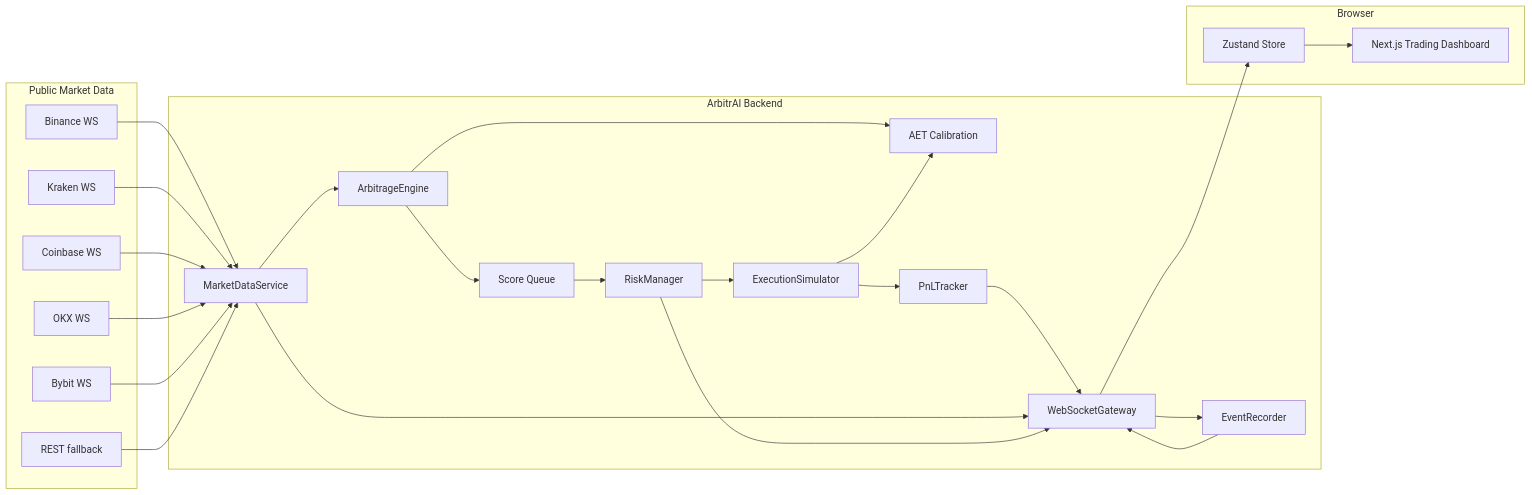
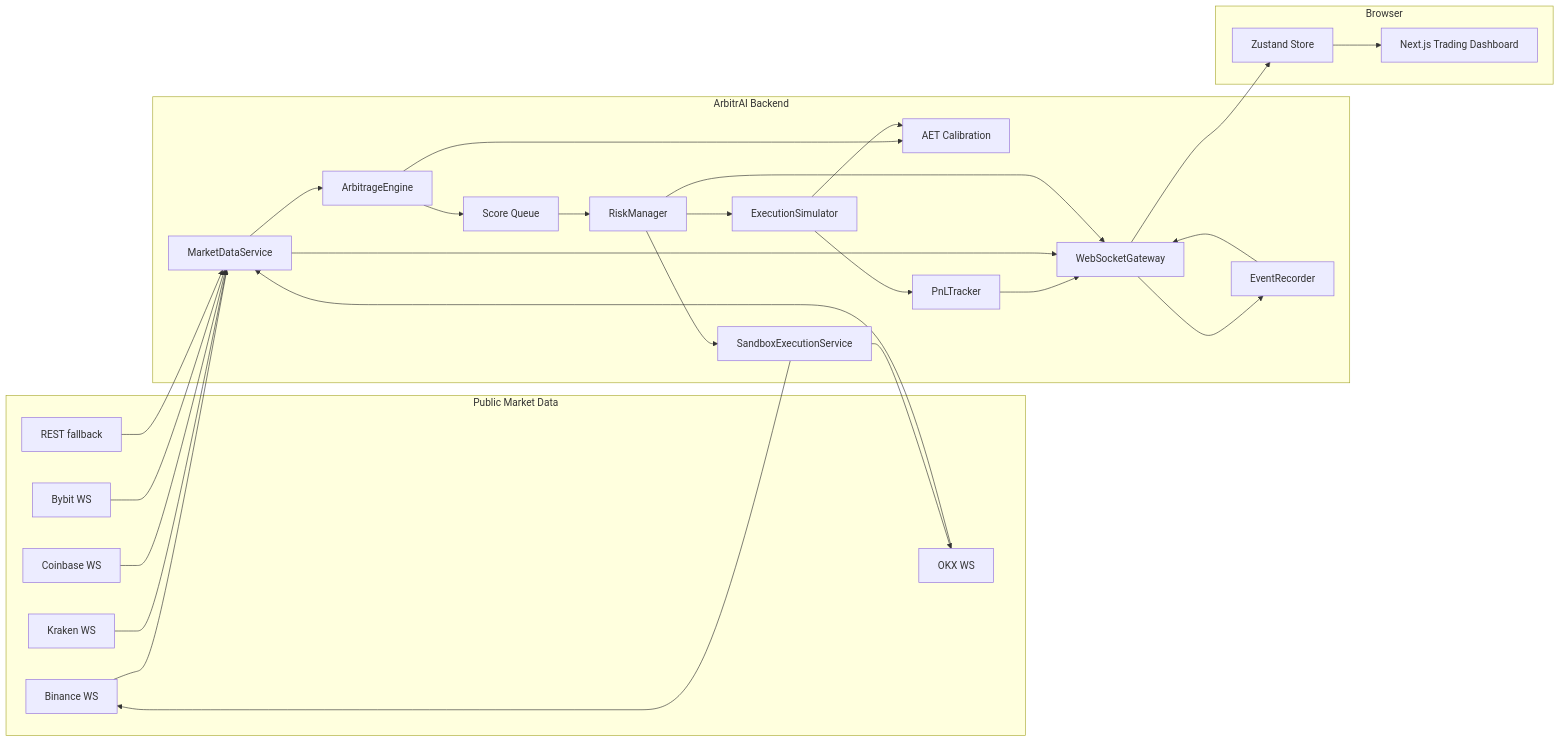
Before and after one commit to JoahanMorales/CODING_CHALLENGE_MEXICO: the first of 2 diagrams in README.md, drawn with Mermaid. The commit also changed other lines of this file and 8 other files, not shown here.

````diff
--- a/README.md
+++ b/README.md
@@ -362,49 +366,53 @@
 ```mermaid
 flowchart LR
   subgraph "Public Market Data"
     B["Binance WS"]
     K["Kraken WS"]
     C["Coinbase WS"]
     O["OKX WS"]
     Y["Bybit WS"]
     R["REST fallback"]
   end
 
   subgraph "ArbitrAI Backend"
     M["MarketDataService"]
     E["ArbitrageEngine"]
     A["AET Calibration"]
     Q["Score Queue"]
     RM["RiskManager"]
     X["ExecutionSimulator"]
+    S["SandboxExecutionService"]
     P["PnLTracker"]
     ER["EventRecorder"]
     G["WebSocketGateway"]
   end
 
   subgraph "Browser"
     Z["Zustand Store"]
     UI["Next.js Trading Dashboard"]
   end
 
   B --> M
   K --> M
   C --> M
   O --> M
   Y --> M
   R --> M
   M --> E
   E --> A
   E --> Q
   Q --> RM
   RM --> X
   X --> P
+  RM --> S
+  S --> B
+  S --> O
   X --> A
   G --> ER
   ER --> G
   P --> G
   M --> G
   RM --> G
   G --> Z
   Z --> UI
 ```
````
